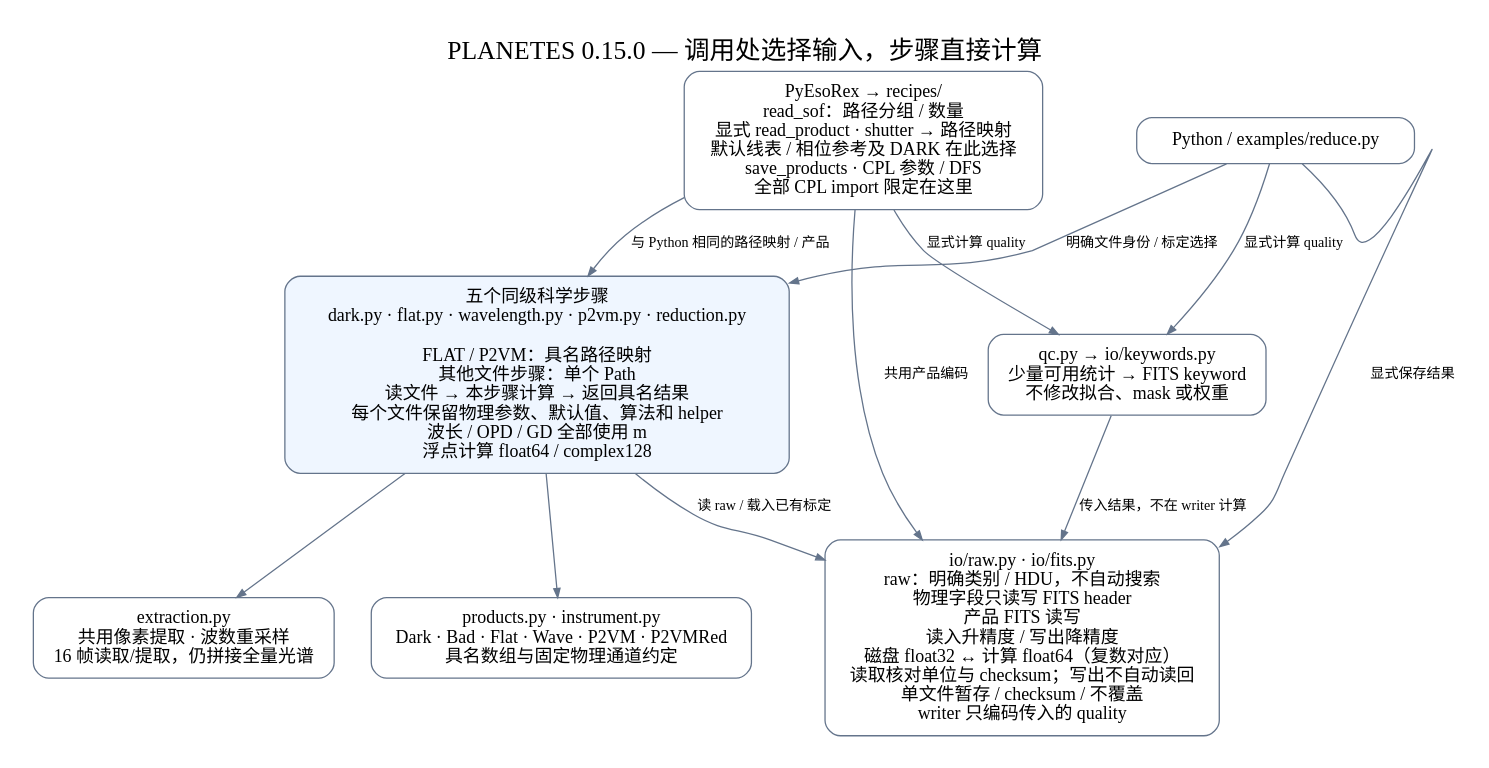
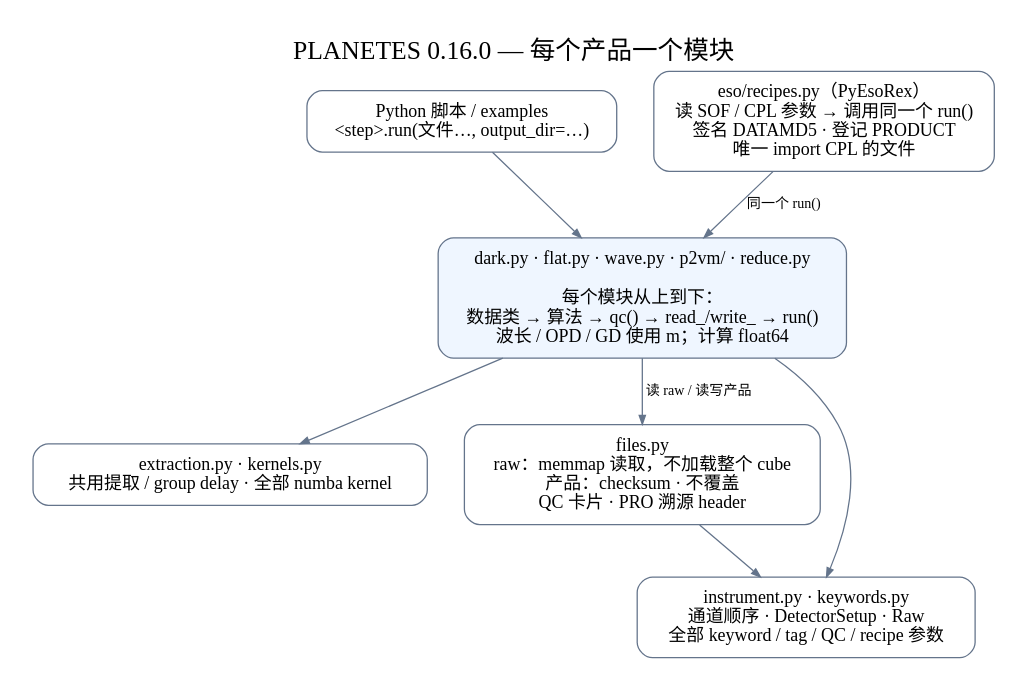
The diagram in docs/architecture.dot (zexwu/planetes_pipe), drawn with Graphviz before and after one commit. The commit also changed 91 other files, not shown here.

```diff
--- a/docs/architecture.dot
+++ b/docs/architecture.dot
@@ -1,23 +1,18 @@
 digraph Architecture {
-  graph [rankdir=TB, bgcolor="white", pad=0.25, nodesep=0.4, ranksep=0.55, fontname="PingFang SC", fontsize=20, label="PLANETES 0.15.0 — 调用处选择输入，步骤直接计算", labelloc=t];
+  graph [rankdir=TB, bgcolor="white", pad=0.25, nodesep=0.4, ranksep=0.55, fontname="PingFang SC", fontsize=20, label="PLANETES 0.16.0 — 每个产品一个模块", labelloc=t];
   node [shape=box, style="rounded", fontname="PingFang SC", fontsize=14, color="#64748b", margin="0.16,0.12"];
   edge [fontname="PingFang SC", fontsize=11, color="#64748b", arrowsize=0.7];
-  python [label="Python / examples/reduce.py"];
-  recipes [label="PyEsoRex → recipes/\nread_sof：路径分组 / 数量\n显式 read_product · shutter → 路径映射\n默认线表 / 相位参考及 DARK 在此选择\nsave_products · CPL 参数 / DFS\n全部 CPL import 限定在这里"];
-  steps [label="五个同级科学步骤\ndark.py · flat.py · wavelength.py · p2vm.py · reduction.py\n\nFLAT / P2VM：具名路径映射\n其他文件步骤：单个 Path\n读文件 → 本步骤计算 → 返回具名结果\n每个文件保留物理参数、默认值、算法和 helper\n波长 / OPD / GD 全部使用 m\n浮点计算 float64 / complex128", style="rounded,filled", fillcolor="#eff6ff"];
-  extraction [label="extraction.py\n共用像素提取 · 波数重采样\n16 帧读取/提取，仍拼接全量光谱"];
-  io [label="io/raw.py · io/fits.py\nraw：明确类别 / HDU，不自动搜索\n物理字段只读写 FITS header\n产品 FITS 读写\n读入升精度 / 写出降精度\n磁盘 float32 ↔ 计算 float64（复数对应）\n读取核对单位与 checksum；写出不自动读回\n单文件暂存 / checksum / 不覆盖\nwriter 只编码传入的 quality"];
-  products [label="products.py · instrument.py\nDark · Bad · Flat · Wave · P2VM · P2VMRed\n具名数组与固定物理通道约定"];
-  qc [label="qc.py → io/keywords.py\n少量可用统计 → FITS keyword\n不修改拟合、mask 或权重"];
+  python [label="Python 脚本 / examples\n<step>.run(文件…, output_dir=…)"];
+  recipes [label="eso/recipes.py（PyEsoRex）\n读 SOF / CPL 参数 → 调用同一个 run()\n签名 DATAMD5 · 登记 PRODUCT\n唯一 import CPL 的文件"];
+  steps [label="dark.py · flat.py · wave.py · p2vm/ · reduce.py\n\n每个模块从上到下：\n数据类 → 算法 → qc() → read_/write_ → run()\n波长 / OPD / GD 使用 m；计算 float64", style="rounded,filled", fillcolor="#eff6ff"];
+  shared [label="extraction.py · kernels.py\n共用提取 / group delay · 全部 numba kernel"];
+  files [label="files.py\nraw：memmap 读取，不加载整个 cube\n产品：checksum · 不覆盖\nQC 卡片 · PRO 溯源 header"];
+  base [label="instrument.py · keywords.py\n通道顺序 · DetectorSetup · Raw\n全部 keyword / tag / QC / recipe 参数"];
   {rank=same; python; recipes;}
-  python -> steps [label="明确文件身份 / 标定选择"];
-  recipes -> steps [label="与 Python 相同的路径映射 / 产品"];
-  steps -> extraction;
-  steps -> products;
-  steps -> io [label="读 raw / 载入已有标定"];
-  python -> io [label="显式保存结果"];
-  recipes -> io [label="共用产品编码"];
-  python -> qc [label="显式计算 quality"];
-  qc -> io [label="传入结果，不在 writer 计算"];
-  recipes -> qc [label="显式计算 quality"];
+  python -> steps;
+  recipes -> steps [label="同一个 run()"];
+  steps -> shared;
+  steps -> files [label="读 raw / 读写产品"];
+  files -> base;
+  steps -> base;
 }
```
